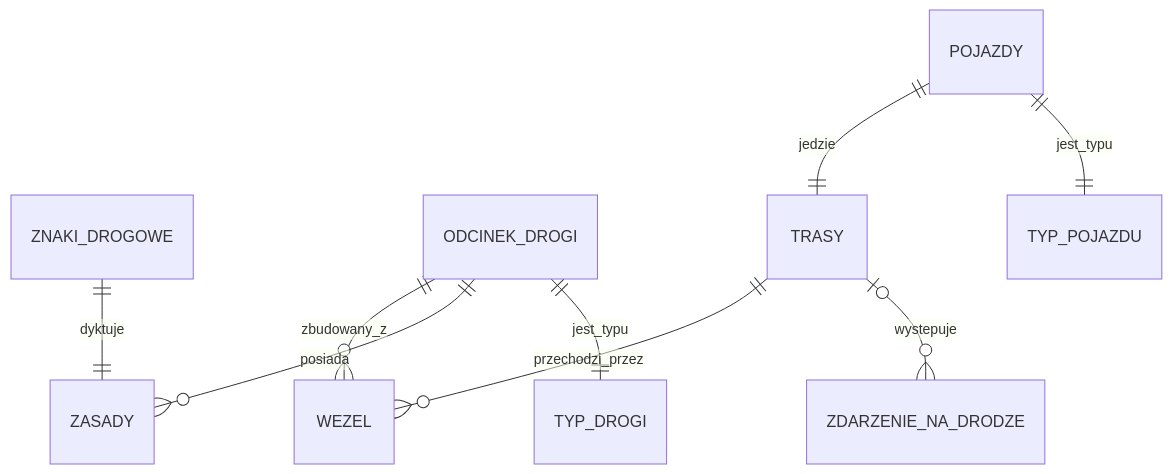
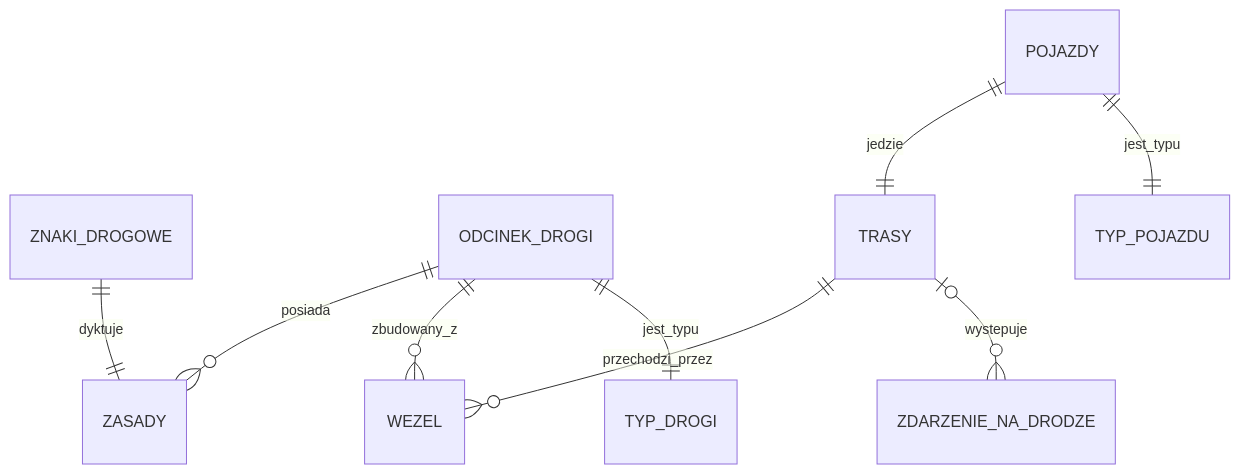
One commit to Vomiroy/Symulator-ruchu-drogowego changed the diagram in docs/domain-model.md. Above: the diagram before and after it, drawn with Mermaid.

````diff
--- a/docs/domain-model.md
+++ b/docs/domain-model.md
@@ -24,17 +24,16 @@
 ```mermaid
 erDiagram
 
     ZNAKI_DROGOWE ||--|| ZASADY : "dyktuje"
+
+    ODCINEK_DROGI ||--o{ ZASADY : "posiada"
     ODCINEK_DROGI ||--o{ WEZEL : "zbudowany_z"
-    ODCINEK_DROGI ||--o{ ZASADY : "posiada"
     ODCINEK_DROGI ||--|| TYP_DROGI : "jest_typu"
-
-    
 
     TRASY ||--o{ WEZEL : "przechodzi_przez"
 
     POJAZDY ||--|| TRASY : "jedzie"
     POJAZDY ||--|| TYP_POJAZDU : "jest_typu"
 
     TRASY o|--o{ ZDARZENIE_NA_DRODZE : "wystepuje"
 ```
````
